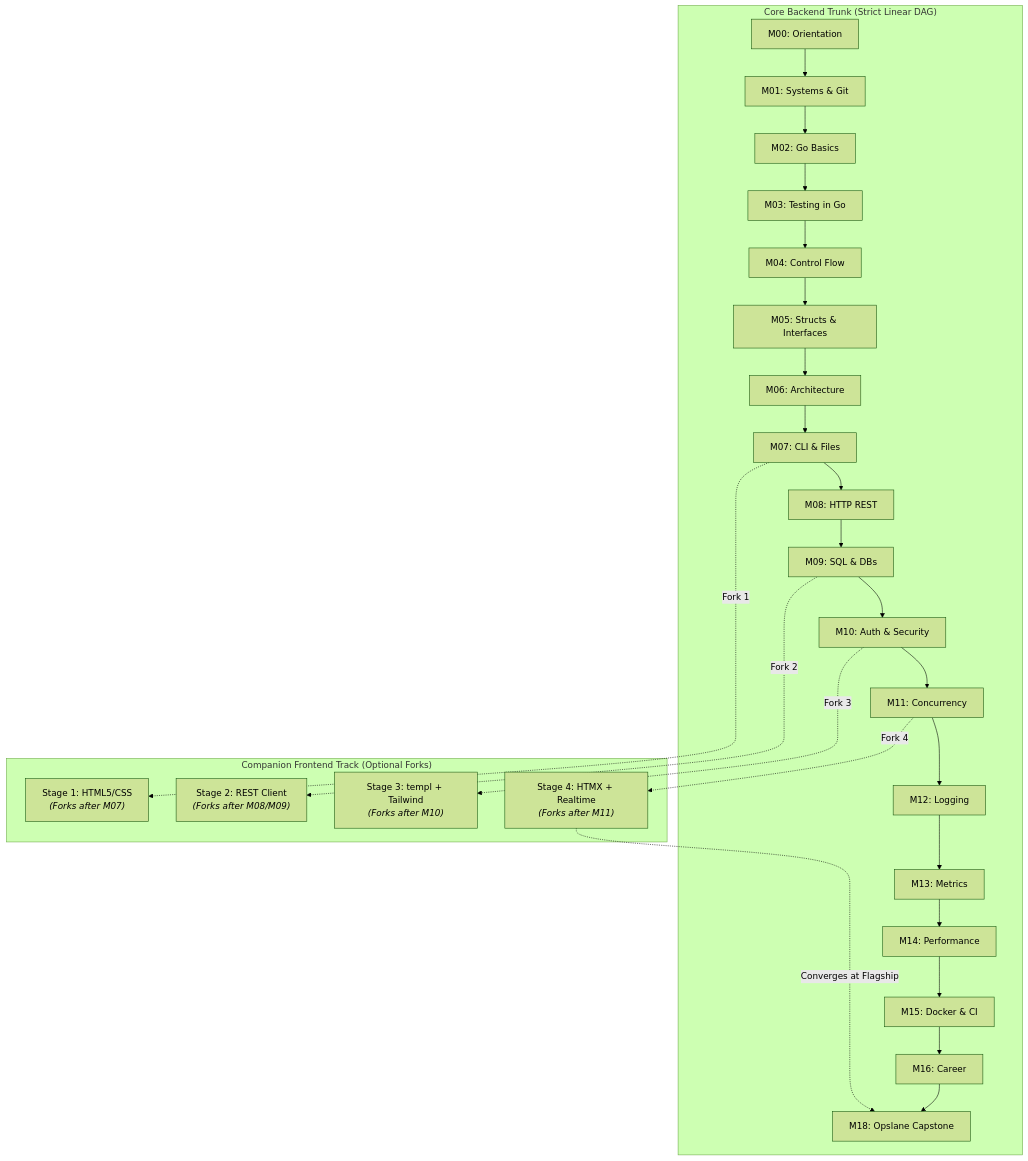
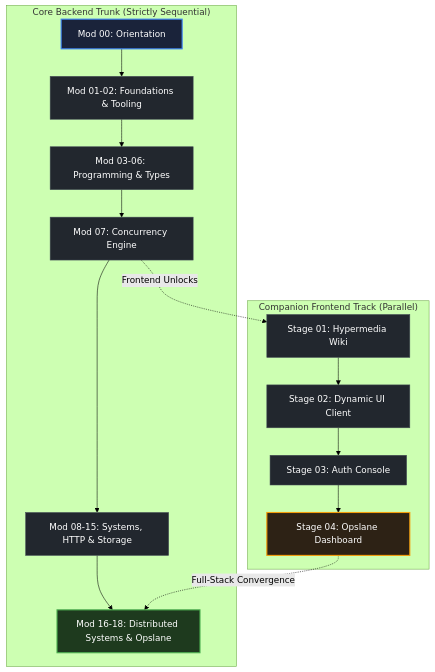
The diagram in curriculum/modules/00-orientation/lessons/09-how-to-use-the-roadmap/README.md (swe-labs/the-go-engineer), drawn with Mermaid (forest theme) before and after one commit. The commit also changed other lines of this file and 42 other files, not shown here.

````diff
--- a/curriculum/modules/00-orientation/lessons/09-how-to-use-the-roadmap/README.md
+++ b/curriculum/modules/00-orientation/lessons/09-how-to-use-the-roadmap/README.md
@@ -37,39 +40,26 @@
 ```mermaid
 flowchart TD
     classDef frontDoor fill:#1a233a,stroke:#3b82f6,stroke-width:2px,color:#ffffff;
     classDef exitGate fill:#1e3a1e,stroke:#4caf50,stroke-width:2px,color:#ffffff;
     classDef standardNode fill:#22272e,stroke:#444c56,stroke-width:1px,color:#ffffff;
     classDef capstoneNode fill:#2d2215,stroke:#f59e0b,stroke-width:2px,color:#ffffff;
-    subgraph CoreTrunk ["Core Backend Trunk (Strict Linear DAG)"]
-        M00["M00: Orientation"] --> M01["M01: Systems & Git"]
-        M01 --> M02["M02: Go Basics"]
-        M02 --> M03["M03: Testing in Go"]
-        M03 --> M04["M04: Control Flow"]
-        M04 --> M05["M05: Structs & Interfaces"]
-        M05 --> M06["M06: Architecture"]
-        M06 --> M07["M07: CLI & Files"]
-        M07 --> M08["M08: HTTP REST"]
-        M08 --> M09["M09: SQL & DBs"]
-        M09 --> M10["M10: Auth & Security"]
-        M10 --> M11["M11: Concurrency"]
-        M11 --> M12["M12: Logging"]
-        M12 --> M13["M13: Metrics"]
-        M13 --> M14["M14: Performance"]
-        M14 --> M15["M15: Docker & CI"]
-        M15 --> M16["M16: Career"]
-        M16 --> M18["M18: Opslane Capstone"]
+
+    subgraph CoreTrunk ["Core Backend Trunk (Strictly Sequential)"]
+        M00["Mod 00: Orientation"]:::frontDoor --> M01["Mod 01-02: Foundations & Tooling"]:::standardNode
+        M01 --> M03["Mod 03-06: Programming & Types"]:::standardNode
+        M03 --> M07["Mod 07: Concurrency Engine"]:::standardNode
+        M07 --> M08["Mod 08-15: Systems, HTTP & Storage"]:::standardNode
+        M08 --> M16["Mod 16-18: Distributed Systems & Opslane"]:::exitGate
     end
 
-    subgraph CompanionForks ["Companion Frontend Track (Optional Forks)"]
-        FE1["Stage 1: HTML5/CSS<br/><i>(Forks after M07)</i>"]
-        FE2["Stage 2: REST Client<br/><i>(Forks after M08/M09)</i>"]
-        FE3["Stage 3: templ + Tailwind<br/><i>(Forks after M10)</i>"]
-        FE4["Stage 4: HTMX + Realtime<br/><i>(Forks after M11)</i>"]
+    subgraph CompanionFrontend ["Companion Frontend Track (Parallel)"]
+        F1["Stage 01: Hypermedia Wiki"]:::standardNode
+        F2["Stage 02: Dynamic UI Client"]:::standardNode
+        F3["Stage 03: Auth Console"]:::standardNode
+        F4["Stage 04: Opslane Dashboard"]:::capstoneNode
+        F1 --> F2 --> F3 --> F4
     end
 
-    M07 -.->|Fork 1| FE1
-    M09 -.->|Fork 2| FE2
-    M10 -.->|Fork 3| FE3
-    M11 -.->|Fork 4| FE4
-    FE4 -.->|Converges at Flagship| M18
+    M07 -.->|Frontend Unlocks| F1
+    F4 -.->|Full-Stack Convergence| M16
 ```
````
